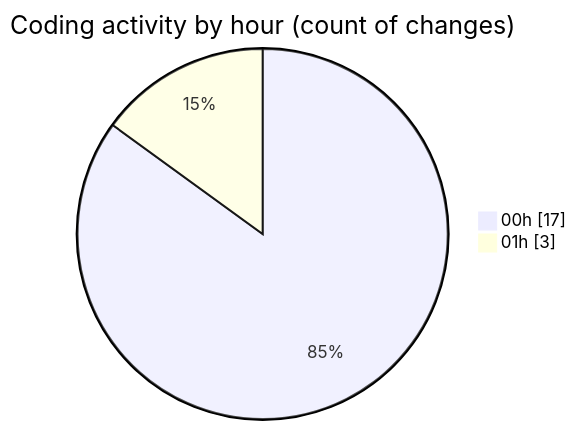
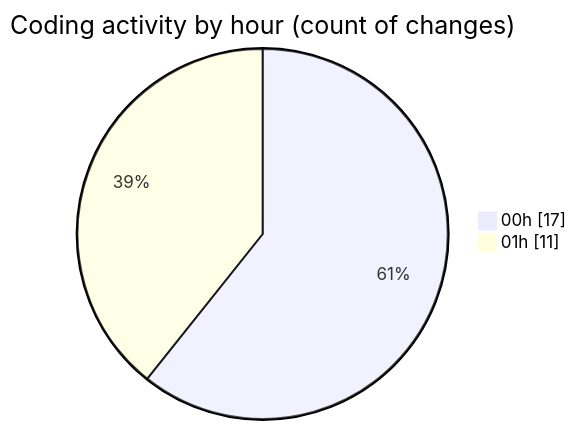
The second of 2 diagrams in 2025-11-22/eventscop-api-guide__workspace_/README.md (julien-gomy/code-tracking), drawn with Mermaid before and after one commit. The commit also changed other lines of this file and 1 other file, not shown here.

````diff
--- a/2025-11-22/eventscop-api-guide__workspace_/README.md
+++ b/2025-11-22/eventscop-api-guide__workspace_/README.md
@@ -37,6 +37,6 @@
 ```mermaid
 pie showData
 title Coding activity by hour (count of changes)
 "00h" : 17
-"01h" : 3
+"01h" : 11
 ```
````
